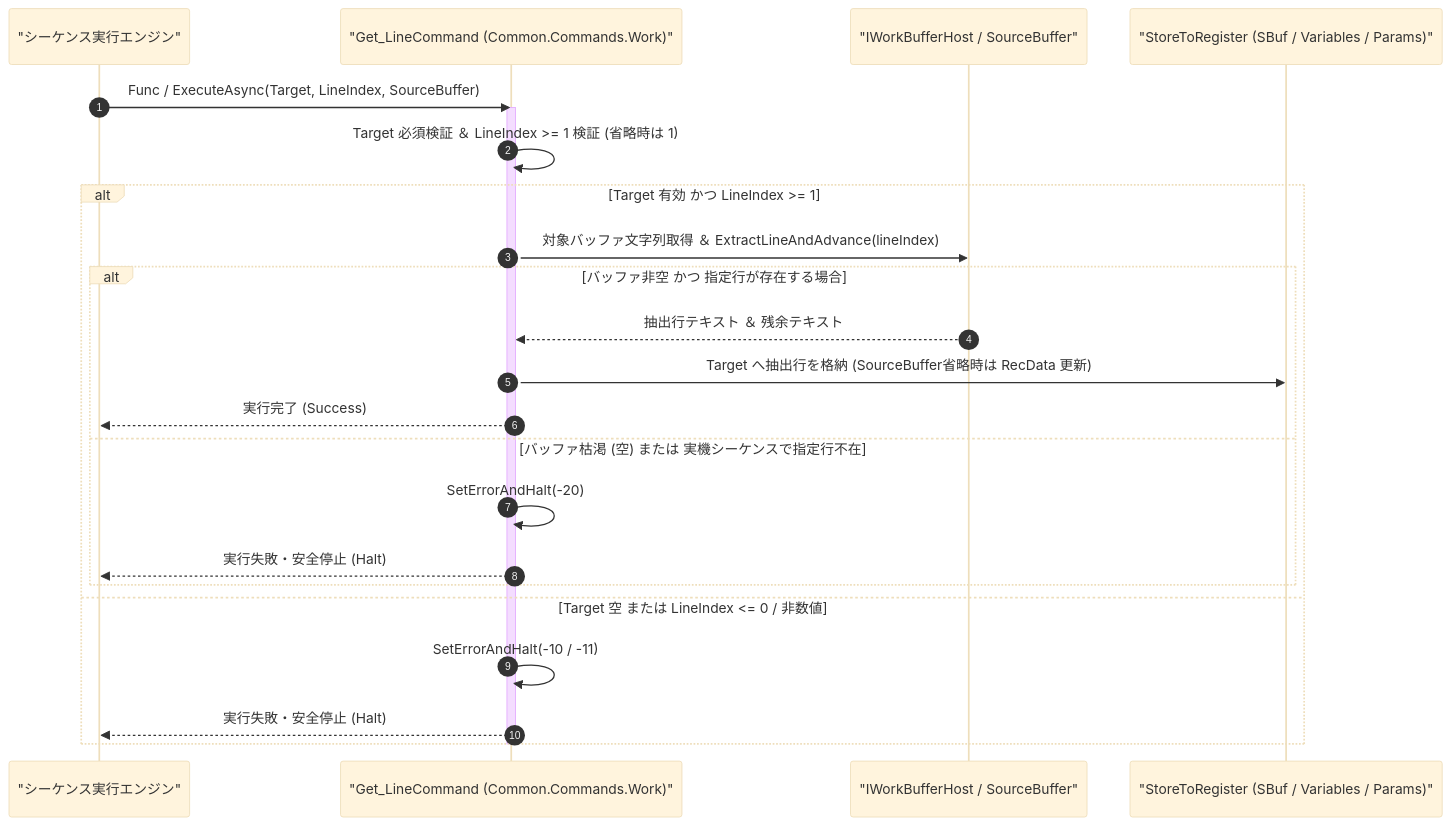
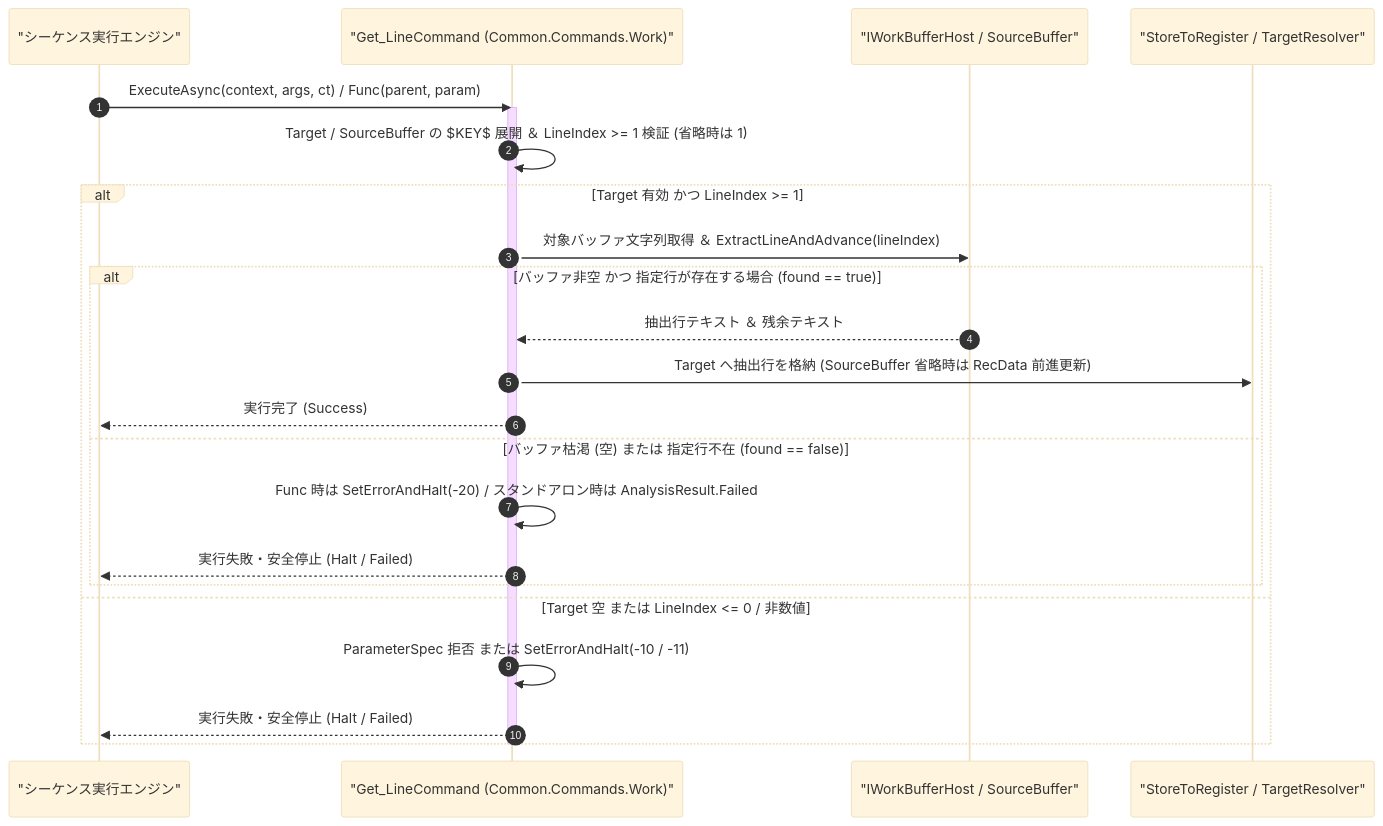
One commit to Monaca-App/TermAddIn changed the diagram in Manual/Core/Work/Get_Line.Md. Above: the diagram before and after it, drawn with Mermaid (base theme). The commit also changed other lines of this file and 157 other files, not shown here.

````diff
--- a/Manual/Core/Work/Get_Line.Md
+++ b/Manual/Core/Work/Get_Line.Md
@@ -73,27 +73,27 @@
 ```mermaid
 sequenceDiagram
     autonumber
     participant Engine as "シーケンス実行エンジン"
     participant Cmd as "Get_LineCommand (Common.Commands.Work)"
     participant Buf as "IWorkBufferHost / SourceBuffer"
-    participant Reg as "StoreToRegister (SBuf / Variables / Params)"
+    participant Reg as "StoreToRegister / TargetResolver"
 
-    Engine->>Cmd: Func / ExecuteAsync(Target, LineIndex, SourceBuffer)
+    Engine->>Cmd: ExecuteAsync(context, args, ct) / Func(parent, param)
     activate Cmd
-    Cmd->>Cmd: Target 必須検証 ＆ LineIndex >= 1 検証 (省略時は 1)
+    Cmd->>Cmd: Target / SourceBuffer の $KEY$ 展開 ＆ LineIndex >= 1 検証 (省略時は 1)
     alt Target 有効 かつ LineIndex >= 1
         Cmd->>Buf: 対象バッファ文字列取得 ＆ ExtractLineAndAdvance(lineIndex)
-        alt バッファ非空 かつ 指定行が存在する場合
+        alt バッファ非空 かつ 指定行が存在する場合 (found == true)
             Buf-->>Cmd: 抽出行テキスト ＆ 残余テキスト
-            Cmd->>Reg: Target へ抽出行を格納 (SourceBuffer省略時は RecData 更新)
+            Cmd->>Reg: Target へ抽出行を格納 (SourceBuffer 省略時は RecData 前進更新)
             Cmd-->>Engine: 実行完了 (Success)
-        else バッファ枯渇 (空) または 実機シーケンスで指定行不在
-            Cmd->>Cmd: SetErrorAndHalt(-20)
-            Cmd-->>Engine: 実行失敗・安全停止 (Halt)
+        else バッファ枯渇 (空) または 指定行不在 (found == false)
+            Cmd->>Cmd: Func 時は SetErrorAndHalt(-20) / スタンドアロン時は AnalysisResult.Failed
+            Cmd-->>Engine: 実行失敗・安全停止 (Halt / Failed)
         end
     else Target 空 または LineIndex <= 0 / 非数値
-        Cmd->>Cmd: SetErrorAndHalt(-10 / -11)
-        Cmd-->>Engine: 実行失敗・安全停止 (Halt)
+        Cmd->>Cmd: ParameterSpec 拒否 または SetErrorAndHalt(-10 / -11)
+        Cmd-->>Engine: 実行失敗・安全停止 (Halt / Failed)
     end
     deactivate Cmd
 ```
````
